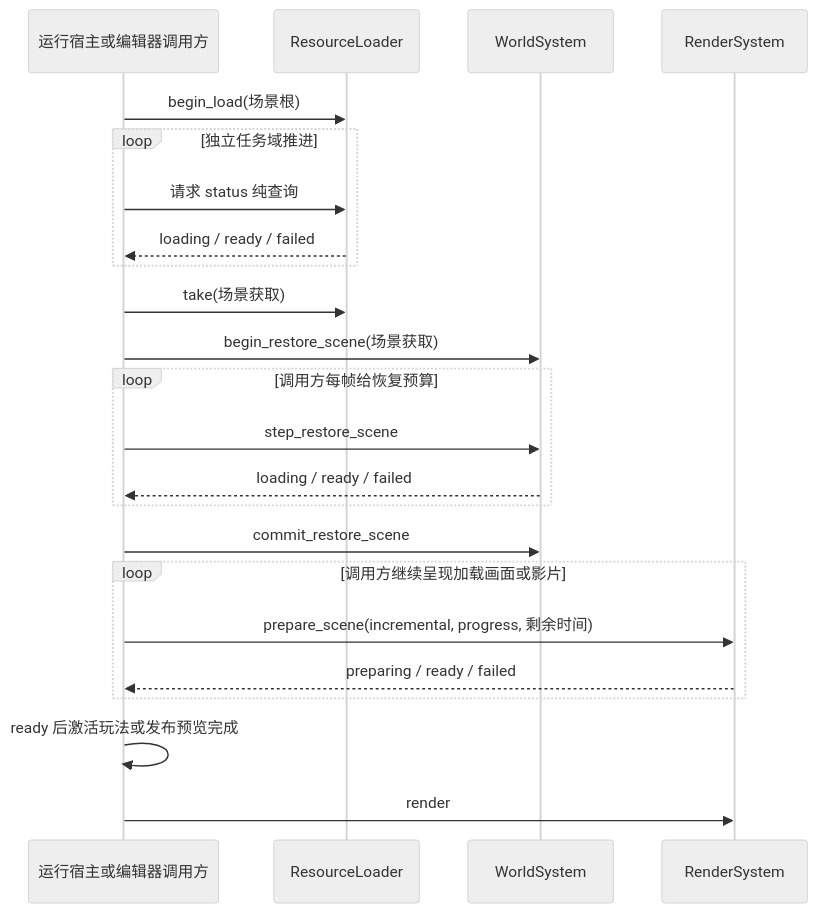
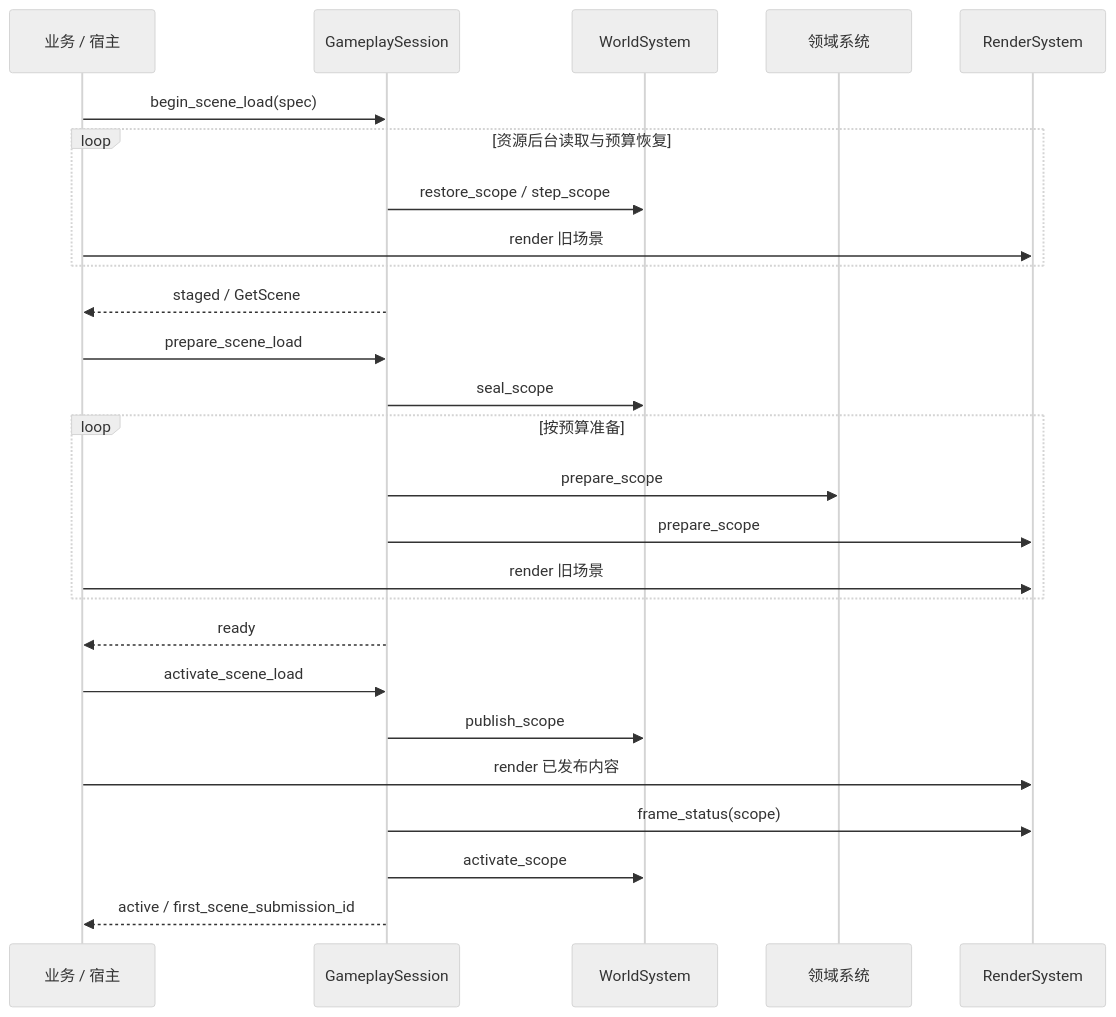
One commit to lcals/Engine changed the diagram in docs/runtime/class-diagrams/large-scene-preparation.md. Above: the diagram before and after it, drawn with Mermaid (neutral theme). The commit also changed other lines of this file and 25 other files, not shown here.

Commit message:
Document scoped scene loading and optional runtime MCP architecture

````diff
--- a/docs/runtime/class-diagrams/large-scene-preparation.md
+++ b/docs/runtime/class-diagrams/large-scene-preparation.md
@@ -76,25 +7,28 @@
 ```mermaid
 sequenceDiagram
-    participant H as 运行宿主或编辑器调用方
-    participant L as ResourceLoader
-    participant W as WorldSystem
-    participant R as RenderSystem
-    H->>L: begin_load(场景根)
-    loop 独立任务域推进
-        H->>L: 请求 status 纯查询
-        L-->>H: loading / ready / failed
+    participant Caller as 业务 / 宿主
+    participant Session as GameplaySession
+    participant World as WorldSystem
+    participant Domains as 领域系统
+    participant Render as RenderSystem
+    Caller->>Session: begin_scene_load(spec)
+    loop 资源后台读取与预算恢复
+        Session->>World: restore_scope / step_scope
+        Caller->>Render: render 旧场景
     end
-    H->>L: take(场景获取)
-    H->>W: begin_restore_scene(场景获取)
-    loop 调用方每帧给恢复预算
-        H->>W: step_restore_scene
-        W-->>H: loading / ready / failed
+    Session-->>Caller: staged / GetScene
+    Caller->>Session: prepare_scene_load
+    Session->>World: seal_scope
+    loop 按预算准备
+        Session->>Domains: prepare_scope
+        Session->>Render: prepare_scope
+        Caller->>Render: render 旧场景
     end
-    H->>W: commit_restore_scene
-    loop 调用方继续呈现加载画面或影片
-        H->>R: prepare_scene(incremental, progress, 剩余时间)
-        R-->>H: preparing / ready / failed
-    end
-    H->>H: ready 后激活玩法或发布预览完成
-    H->>R: render
+    Session-->>Caller: ready
+    Caller->>Session: activate_scene_load
+    Session->>World: publish_scope
+    Caller->>Render: render 已发布内容
+    Session->>Render: frame_status(scope)
+    Session->>World: activate_scope
+    Session-->>Caller: active / first_scene_submission_id
 ```
````
